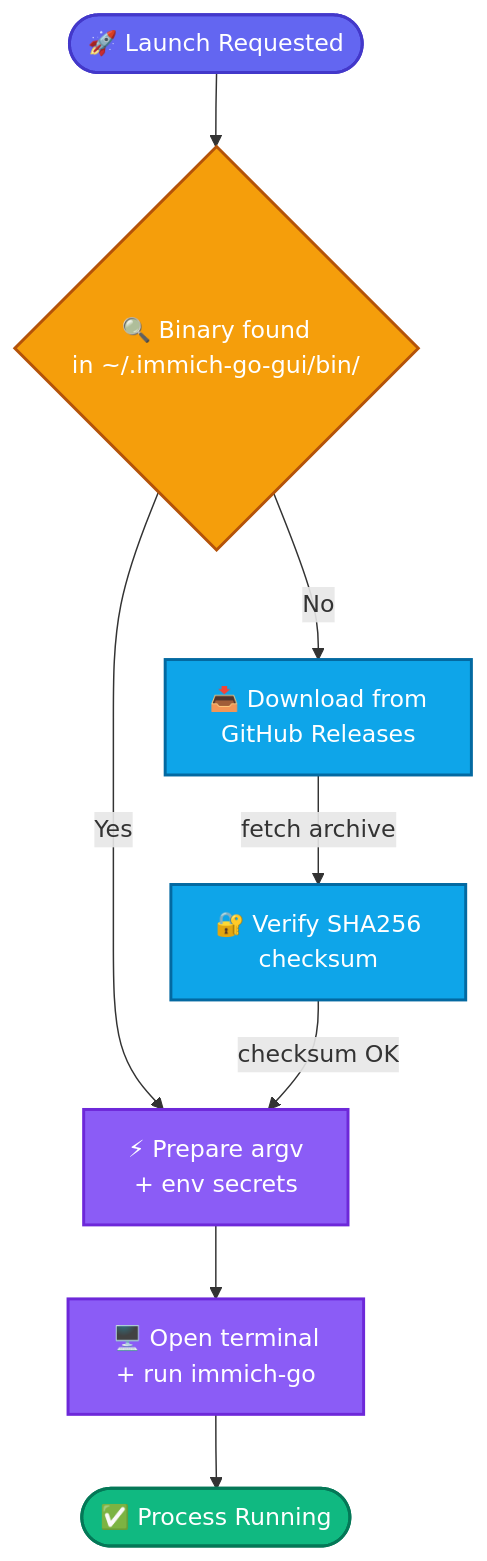
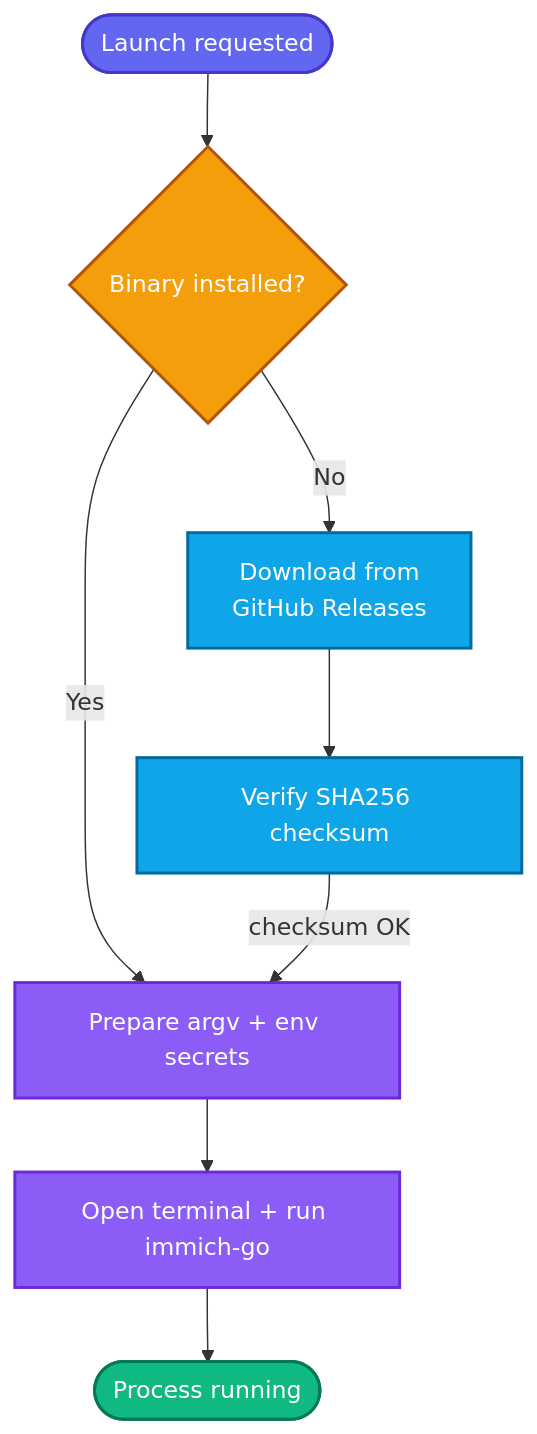
Before and after one commit to JESIII/immich-go-gui: the second of 2 diagrams in docs/user-guide/configuration.md, drawn with Mermaid. The commit also changed 23 other files, not shown here.

````diff
--- a/docs/user-guide/configuration.md
+++ b/docs/user-guide/configuration.md
@@ -75,24 +75,24 @@
 ```mermaid
 flowchart TD
     classDef startEnd fill:#6366f1,stroke:#4338ca,color:#fff,stroke-width:2px
     classDef check fill:#f59e0b,stroke:#b45309,color:#fff,stroke-width:2px
     classDef download fill:#0ea5e9,stroke:#0369a1,color:#fff,stroke-width:2px
     classDef run fill:#8b5cf6,stroke:#6d28d9,color:#fff,stroke-width:2px
     classDef done fill:#10b981,stroke:#047857,color:#fff,stroke-width:2px
 
-    Start([🚀 Launch Requested]):::startEnd
-    Check{🔍 Binary found\nin ~/.immich-go-gui/bin/}:::check
-    Download[📥 Download from\nGitHub Releases]:::download
-    Verify[🔐 Verify SHA256\nchecksum]:::download
-    Launch[⚡ Prepare argv\n+ env secrets]:::run
-    Execute[🖥️ Open terminal\n+ run immich-go]:::run
-    Done([✅ Process Running]):::done
+    Start([Launch requested]):::startEnd
+    Check{"Binary installed?"}:::check
+    Download[Download from<br/>GitHub Releases]:::download
+    Verify[Verify SHA256 checksum]:::download
+    Launch[Prepare argv + env secrets]:::run
+    Execute[Open terminal + run immich-go]:::run
+    Done([Process running]):::done
 
     Start --> Check
-    Check -- Yes --> Launch
-    Check -- No --> Download
-    Download -->|fetch archive| Verify
+    Check -->|Yes| Launch
+    Check -->|No| Download
+    Download --> Verify
     Verify -->|checksum OK| Launch
     Launch --> Execute
     Execute --> Done
 ```
````
